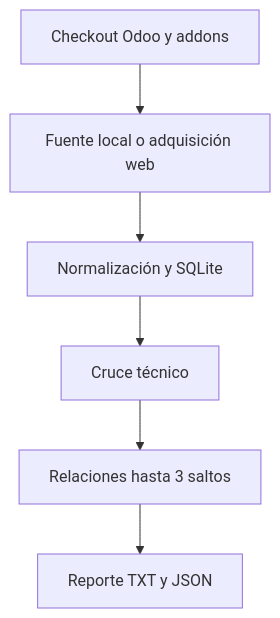
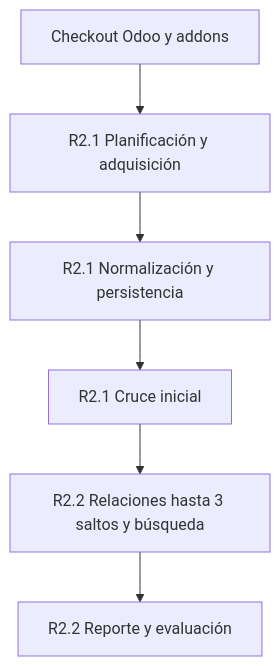
One commit to leo-puk/Tesis-odoo changed the diagram in sandbox/r2/FUNCIONAMIENTO.md. Above: the diagram before and after it, drawn with Mermaid. The commit also changed other lines of this file and 20 other files, not shown here.

````diff
--- a/sandbox/r2/FUNCIONAMIENTO.md
+++ b/sandbox/r2/FUNCIONAMIENTO.md
@@ -9,8 +9,8 @@
 ```mermaid
 flowchart TD
-    A["Checkout Odoo y addons"] --> B["Fuente local o adquisición web"]
-    B --> C["Normalización y SQLite"]
-    C --> D["Cruce técnico"]
-    D --> E["Relaciones hasta 3 saltos"]
-    E --> F["Reporte TXT y JSON"]
+    A["Checkout Odoo y addons"] --> B["R2.1 Planificación y adquisición"]
+    B --> C["R2.1 Normalización y persistencia"]
+    C --> D["R2.1 Cruce inicial"]
+    D --> E["R2.2 Relaciones hasta 3 saltos y búsqueda"]
+    E --> F["R2.2 Reporte y evaluación"]
 ```
````
